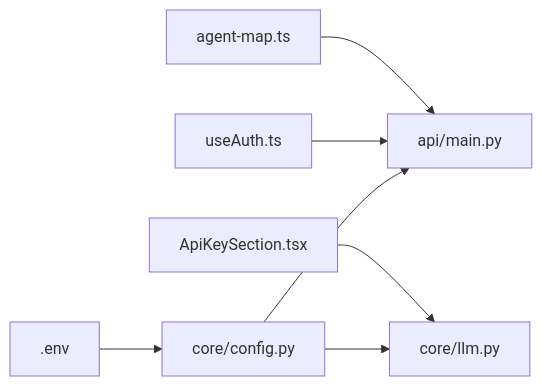
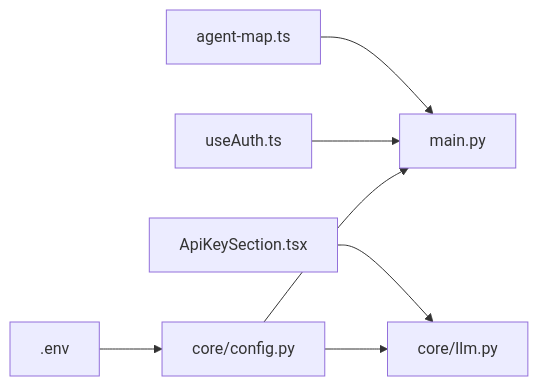
Before and after one commit to tashifkhan/tashif.codes: the fourth of 4 diagrams in src/data/docs/agentic-browser/Configuration Management.md, drawn with Mermaid. The commit also changed other lines of this file and 2128 other files, not shown here.

First line of the commit message:
docs: replace raster diagram images with native Mermaid across project guides

````diff
--- a/src/data/docs/agentic-browser/Configuration Management.md
+++ b/src/data/docs/agentic-browser/Configuration Management.md
@@ -217,9 +216,9 @@
 ```mermaid
 graph LR
 DOTENV[".env"] --> CFG["core/config.py"]
-CFG --> API["api/main.py"]
+CFG --> API["main.py"]
 CFG --> LLM["core/llm.py"]
 AUTH["useAuth.ts"] --> API
 KEYUI["ApiKeySection.tsx"] --> LLM
 MAP["agent-map.ts"] --> API
 ```
````
